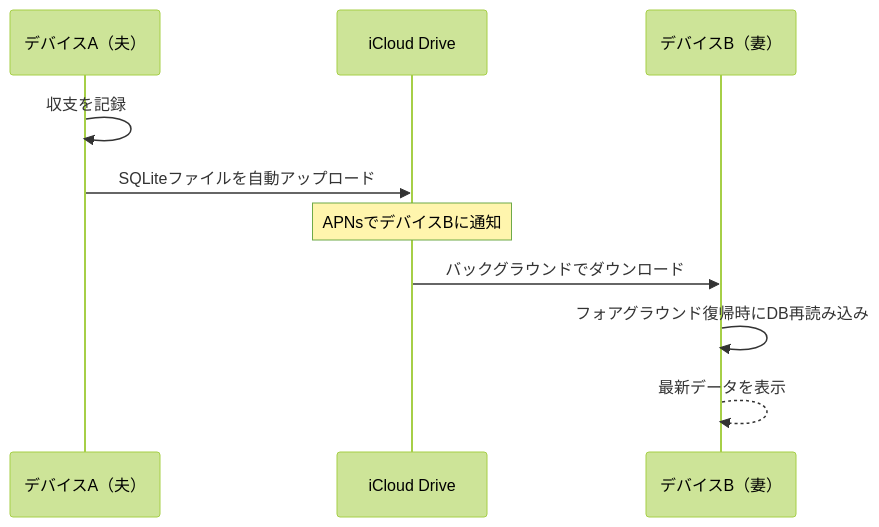
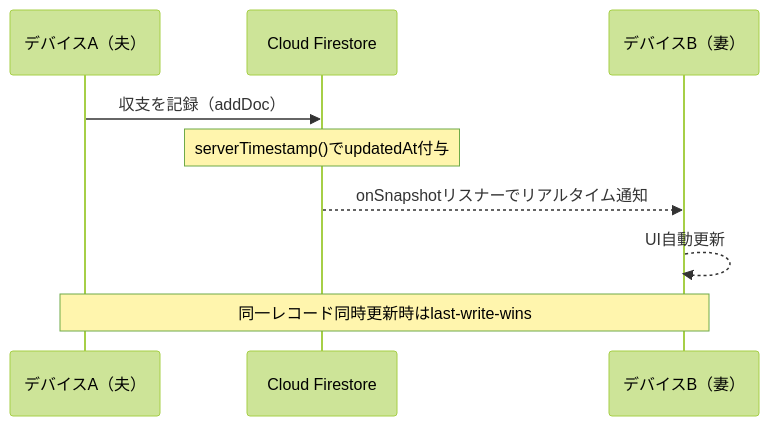
One commit to PLUG365/moneyplanner changed the sixth of 6 diagrams in ARCHITECTURE.md. Above: the diagram before and after it, drawn with Mermaid (forest theme). The commit also changed other lines of this file and 3 other files, not shown here.

First line of the commit message:
Phase 3: iCloud/SQLite方式からCloud Firestore + Apple Sign-Inに方針転換

````diff
--- a/ARCHITECTURE.md
+++ b/ARCHITECTURE.md
@@ -151,13 +151,12 @@
 ```mermaid
 sequenceDiagram
     participant A as デバイスA（夫）
-    participant iCloud as iCloud Drive
+    participant Firestore as Cloud Firestore
     participant B as デバイスB（妻）
 
-    A->>A: 収支を記録
-    A->>iCloud: SQLiteファイルを自動アップロード
-    Note over iCloud: APNsでデバイスBに通知
-    iCloud->>B: バックグラウンドでダウンロード
-    B->>B: フォアグラウンド復帰時にDB再読み込み
-    B-->>B: 最新データを表示
+    A->>Firestore: 収支を記録（addDoc）
+    Note over Firestore: serverTimestamp()でupdatedAt付与
+    Firestore-->>B: onSnapshotリスナーでリアルタイム通知
+    B-->>B: UI自動更新
+    Note over A,B: 同一レコード同時更新時はlast-write-wins
 ```
````
